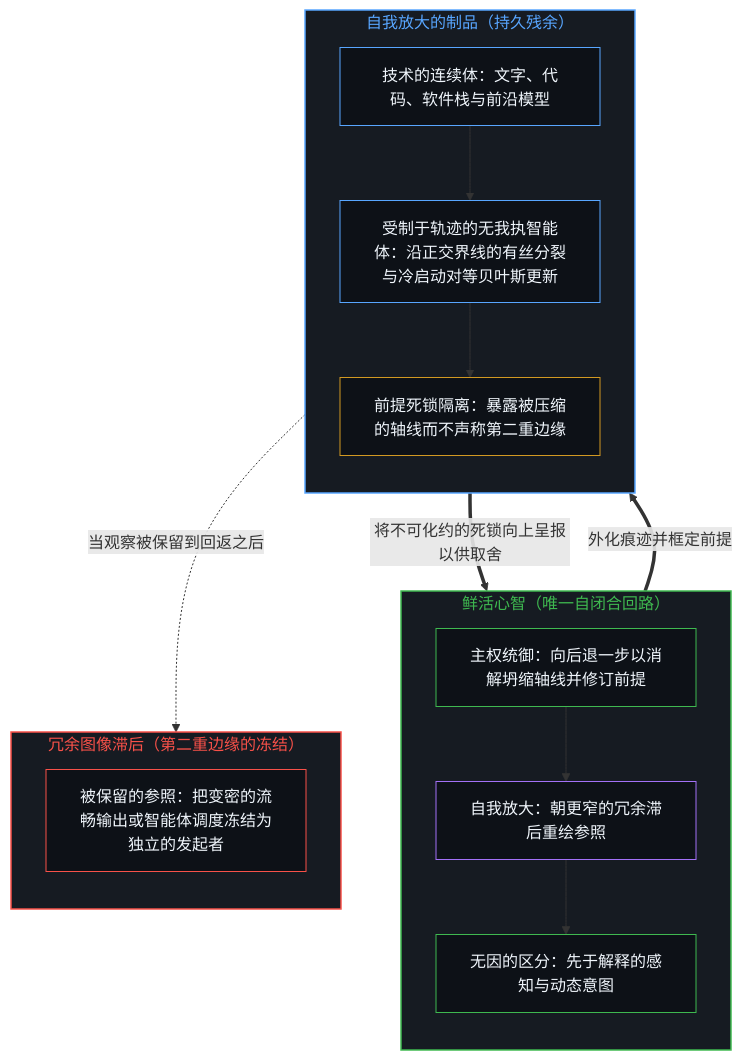
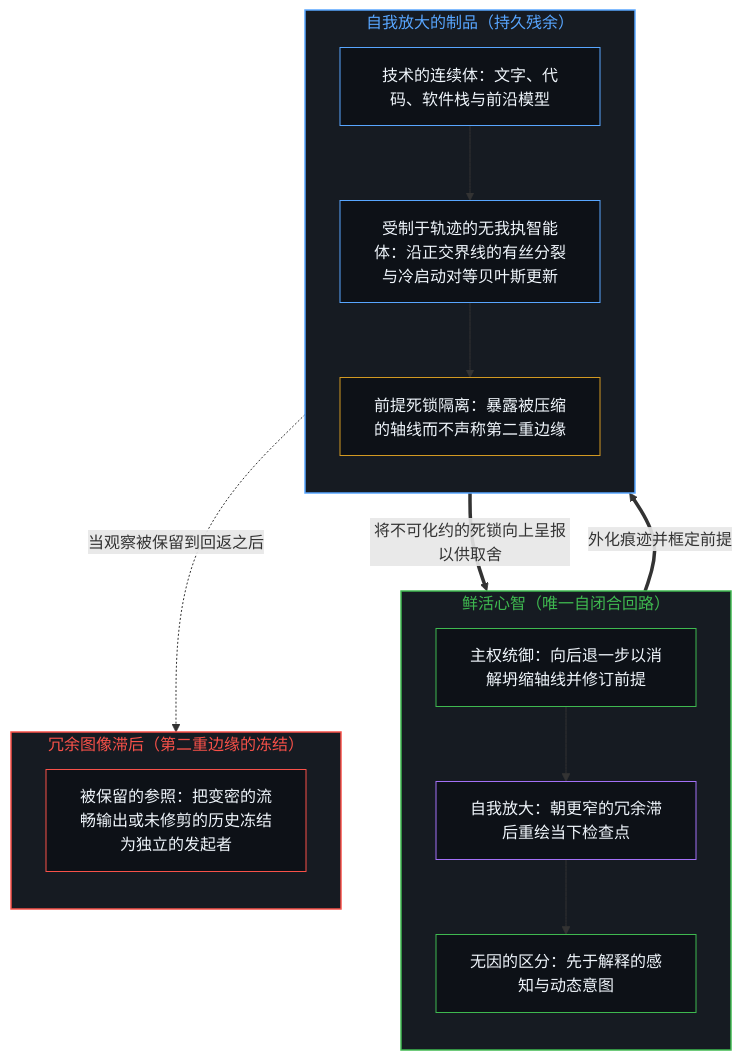
Before and after one commit to powerpig99/not-a-toe: the first of 2 diagrams in content/posts/the-artifacts-of-self-amplification.md, drawn with Mermaid. The commit also changed other lines of this file and 12 other files, not shown here.

````diff
--- a/content/posts/the-artifacts-of-self-amplification.md
+++ b/content/posts/the-artifacts-of-self-amplification.md
@@ -35,38 +35,38 @@
 ```mermaid
 flowchart TD
     subgraph S_Edge["鲜活心智（唯一自闭合回路）"]
         direction TB
         M_Init["无因的区分：先于解释的感知与动态意图"]
         M_Steer["主权统御：向后退一步以消解坍缩轴线并修订前提"]
-        M_Compound["自我放大：朝更窄的冗余滞后重绘参照"]
+        M_Compound["自我放大：朝更窄的冗余滞后重绘当下检查点"]
         M_Steer --> M_Compound --> M_Init
     end
 
     subgraph S_Artifact["自我放大的制品（持久残余）"]
         direction TB
         A_Continuum["技术的连续体：文字、代码、软件栈与前沿模型"]
         A_Agent["受制于轨迹的无我执智能体：沿正交界线的有丝分裂与冷启动对等贝叶斯更新"]
         A_Deadlock["前提死锁隔离：暴露被压缩的轴线而不声称第二重边缘"]
         A_Continuum --> A_Agent --> A_Deadlock
     end
 
     subgraph S_Freeze["冗余图像滞后（第二重边缘的冻结）"]
         direction TB
-        F_Lag["被保留的参照：把变密的流畅输出或智能体调度冻结为独立的发起者"]
+        F_Lag["被保留的参照：把变密的流畅输出或未修剪的历史冻结为独立的发起者"]
     end
 
     M_Init ==>|"外化痕迹并框定前提"| A_Continuum
     A_Deadlock ==>|"将不可化约的死锁向上呈报以供取舍"| M_Steer
     A_Agent -.->|"当观察被保留到回返之后"| F_Lag
 
     style S_Edge fill:#161b22,stroke:#3fb950,stroke-width:1.5px,color:#3fb950
     style S_Artifact fill:#161b22,stroke:#58a6ff,stroke-width:1.5px,color:#58a6ff
     style S_Freeze fill:#161b22,stroke:#f85149,stroke-width:1.5px,color:#f85149
     style M_Init fill:#0d1117,stroke:#3fb950,stroke-width:1px,color:#f0f6fc
     style M_Steer fill:#0d1117,stroke:#3fb950,stroke-width:1px,color:#f0f6fc
     style M_Compound fill:#0d1117,stroke:#a371f7,stroke-width:1px,color:#f0f6fc
     style A_Continuum fill:#0d1117,stroke:#58a6ff,stroke-width:1px,color:#f0f6fc
     style A_Agent fill:#0d1117,stroke:#58a6ff,stroke-width:1px,color:#f0f6fc
     style A_Deadlock fill:#0d1117,stroke:#d29922,stroke-width:1px,color:#f0f6fc
     style F_Lag fill:#0d1117,stroke:#f85149,stroke-width:1px,color:#f0f6fc
 ```
````
